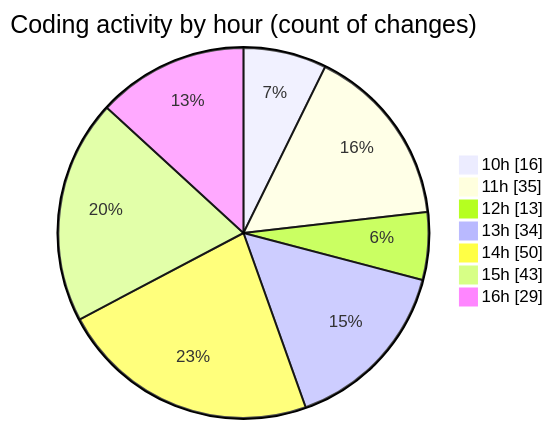
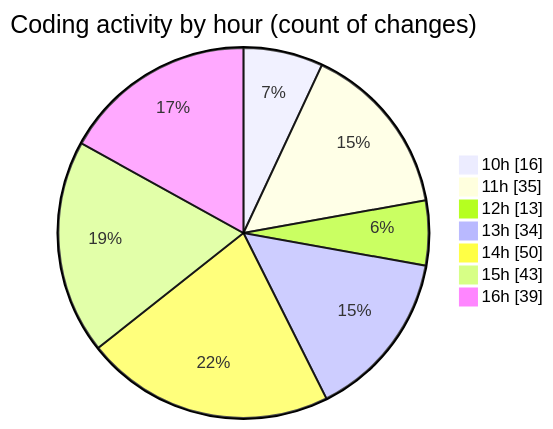
The second of 2 diagrams in 2025-02-20/micros/README.md (charlie-sans/code-tracking), drawn with Mermaid before and after one commit. The commit also changed other lines of this file and 1 other file, not shown here.

````diff
--- a/2025-02-20/micros/README.md
+++ b/2025-02-20/micros/README.md
@@ -64,11 +67,11 @@
 ```mermaid
 pie showData
 title Coding activity by hour (count of changes)
 "10h" : 16
 "11h" : 35
 "12h" : 13
 "13h" : 34
 "14h" : 50
 "15h" : 43
-"16h" : 29
+"16h" : 39
 ```
````
